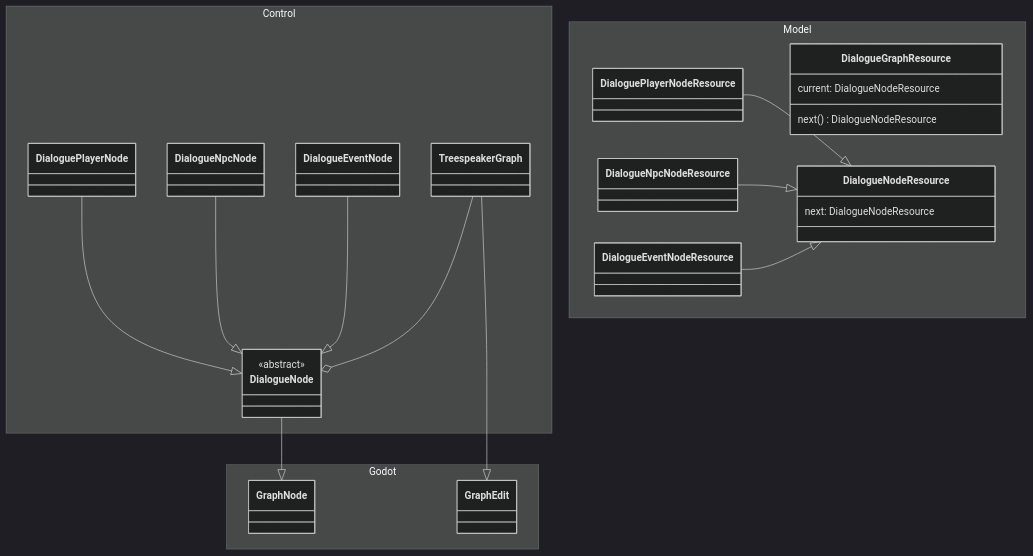
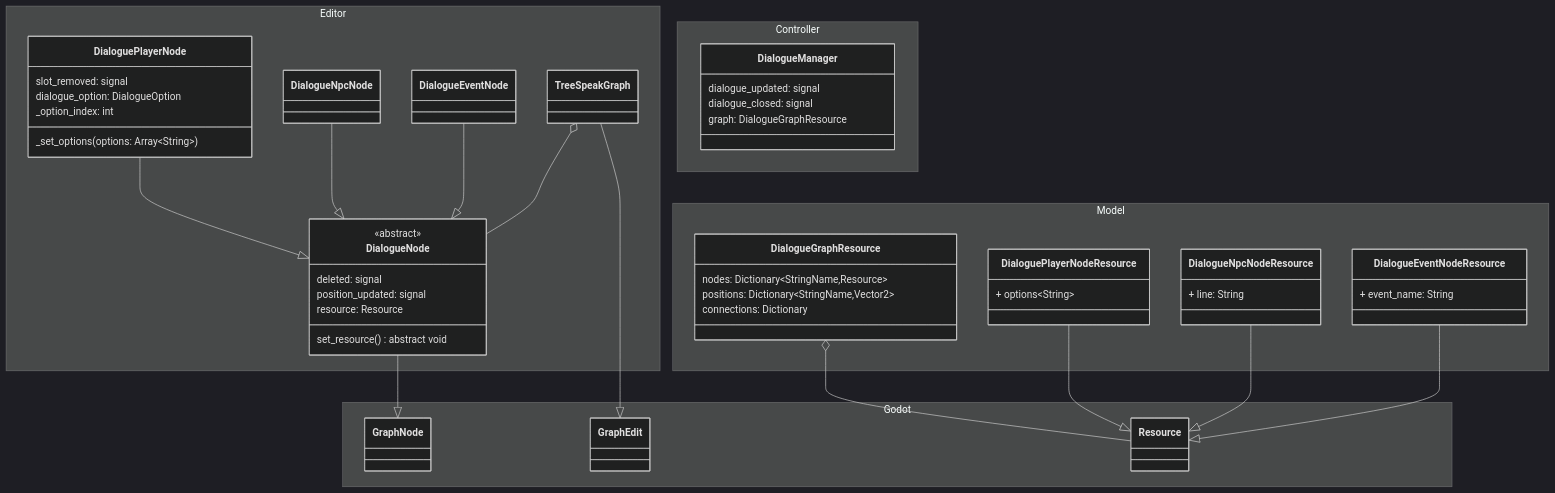
One commit to Nilsiker/treespeak changed the diagram in README.md. Above: the diagram before and after it, drawn with Mermaid (dark theme). The commit also changed 18 other files, not shown here.

````diff
--- a/README.md
+++ b/README.md
@@ -20,40 +20,63 @@
 ```mermaid
 classDiagram
 namespace Godot {
 	class GraphNode
 	class GraphEdit
+	class Resource
 }
-namespace Control {
-	class TreespeakerGraph
+namespace Editor {
+	class TreeSpeakGraph
 	class DialogueNode {
 		<<abstract>>
+		deleted: signal
+		position_updated: signal
+		resource: Resource
+		set_resource() abstract void
 	}
-	class DialoguePlayerNode
+	class DialoguePlayerNode {
+		slot_removed: signal
+		dialogue_option: DialogueOption
+		_option_index: int
+		_set_options(options: Array~String~)
+	}
 	class DialogueNpcNode
 	class DialogueEventNode
 }
 
 namespace Model {
 	class DialogueGraphResource {
-		current: DialogueNodeResource
-		next() DialogueNodeResource
+		nodes: Dictionary~StringName,Resource~
+		positions: Dictionary~StringName,Vector2~ 
+		connections: Dictionary
 	}
-	class DialogueNodeResource {
-		next: DialogueNodeResource
+	class DialoguePlayerNodeResource { 
+		+ options~String~ 
 	}
-	class DialoguePlayerNodeResource
-	class DialogueNpcNodeResource
-	class DialogueEventNodeResource
+	class DialogueNpcNodeResource { 
+		+ line: String 
+	}
+	class DialogueEventNodeResource {
+		+ event_name: String 
+	}
 }
 
-DialoguePlayerNodeResource --|> DialogueNodeResource
-DialogueNpcNodeResource --|> DialogueNodeResource
-DialogueEventNodeResource --|> DialogueNodeResource
+namespace Controller {
+	class DialogueManager {
+		dialogue_updated: signal
+		dialogue_closed: signal
+		graph: DialogueGraphResource
+	}	
+}
+
+DialogueGraphResource o-- Resource
+DialoguePlayerNodeResource --|> Resource
+DialogueNpcNodeResource --|> Resource
+DialogueEventNodeResource --|> Resource
 
 DialoguePlayerNode --|> DialogueNode
 DialogueNpcNode --|> DialogueNode
 DialogueEventNode --|> DialogueNode
 DialogueNode --|> GraphNode
-TreespeakerGraph --o DialogueNode
-TreespeakerGraph --|> GraphEdit
+TreeSpeakGraph o-- DialogueNode
+TreeSpeakGraph --|> GraphEdit
 ```
````
